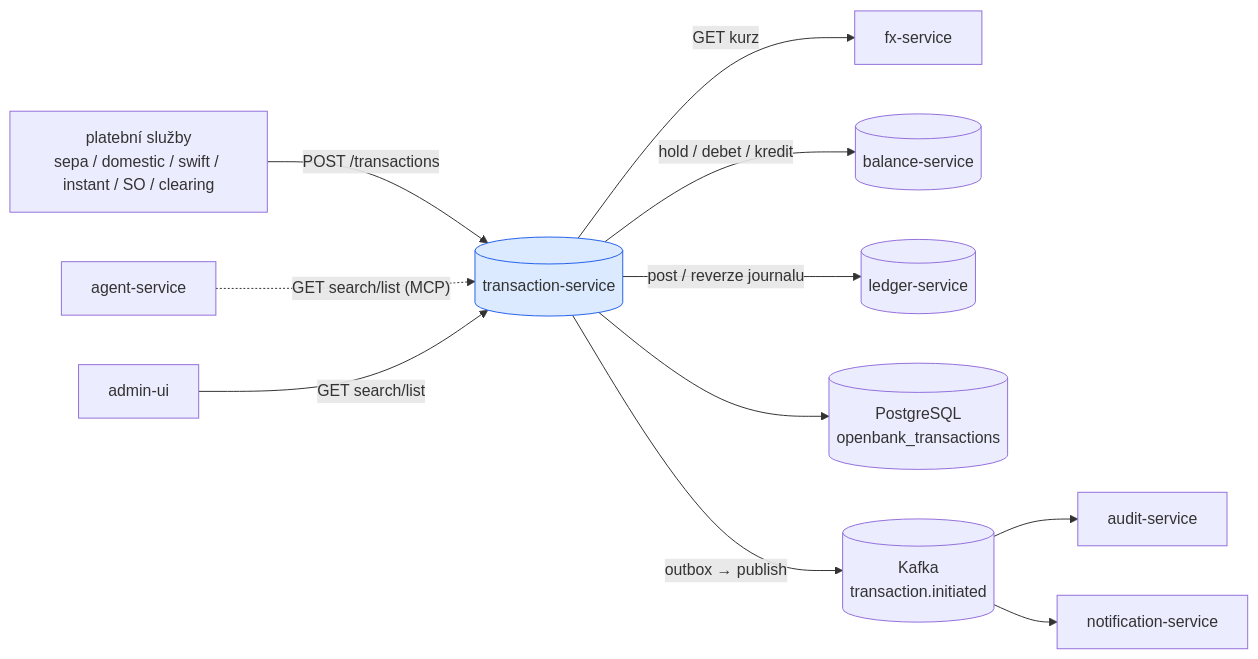
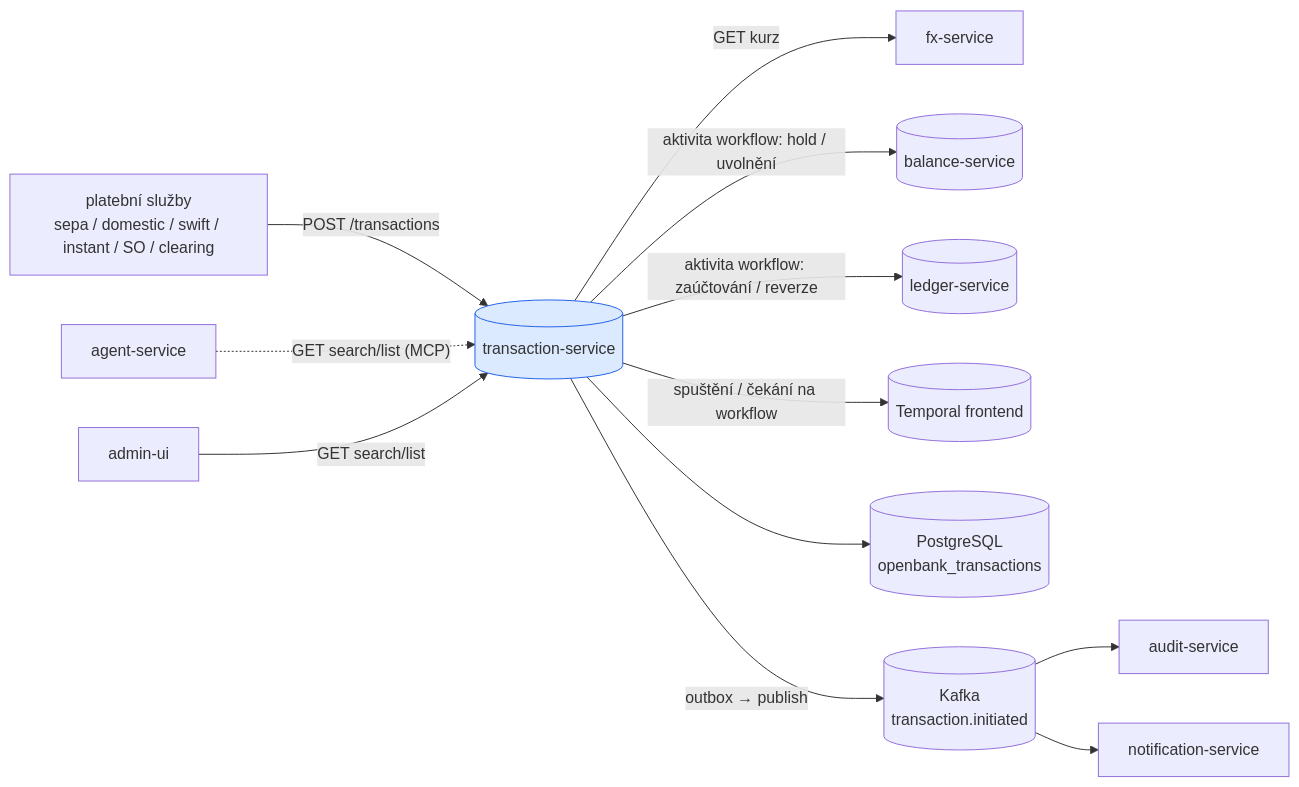
Before and after one commit to JiRaska/open-bank-oss: the first of 4 diagrams in openbank-transaction-service/src/main/resources/docs/02-architecture.cs.md, drawn with Mermaid. The commit also changed other lines of this file and 1 other file, not shown here.

Commit message:
docs(transaction): describe Temporal payment workflow

````diff
--- a/openbank-transaction-service/src/main/resources/docs/02-architecture.cs.md
+++ b/openbank-transaction-service/src/main/resources/docs/02-architecture.cs.md
@@ -5,30 +5,32 @@
 ```mermaid
 graph LR
   pay[platební služby<br/>sepa / domestic / swift / instant / SO / clearing]
   fx[fx-service]
   agent[agent-service]
   admin[admin-ui]
 
   bal[(balance-service)]
   led[(ledger-service)]
+  temporal[(Temporal frontend)]
   audit[audit-service]
   notif[notification-service]
 
   tx[(transaction-service)]:::svc
   db[(PostgreSQL<br/>openbank_transactions)]
   kafka[(Kafka<br/>transaction.initiated)]
 
   pay -- "POST /transactions" --> tx
   agent -. "GET search/list (MCP)" .-> tx
   admin -- "GET search/list" --> tx
   tx -- "GET kurz" --> fx
-  tx -- "hold / debet / kredit" --> bal
-  tx -- "post / reverze journalu" --> led
+  tx -- "spuštění / čekání na workflow" --> temporal
+  tx -- "aktivita workflow: hold / uvolnění" --> bal
+  tx -- "aktivita workflow: zaúčtování / reverze" --> led
 
   tx --> db
   tx -- "outbox → publish" --> kafka
   kafka --> audit
   kafka --> notif
 
   classDef svc fill:#dbeafe,stroke:#2563eb
 ```
````
